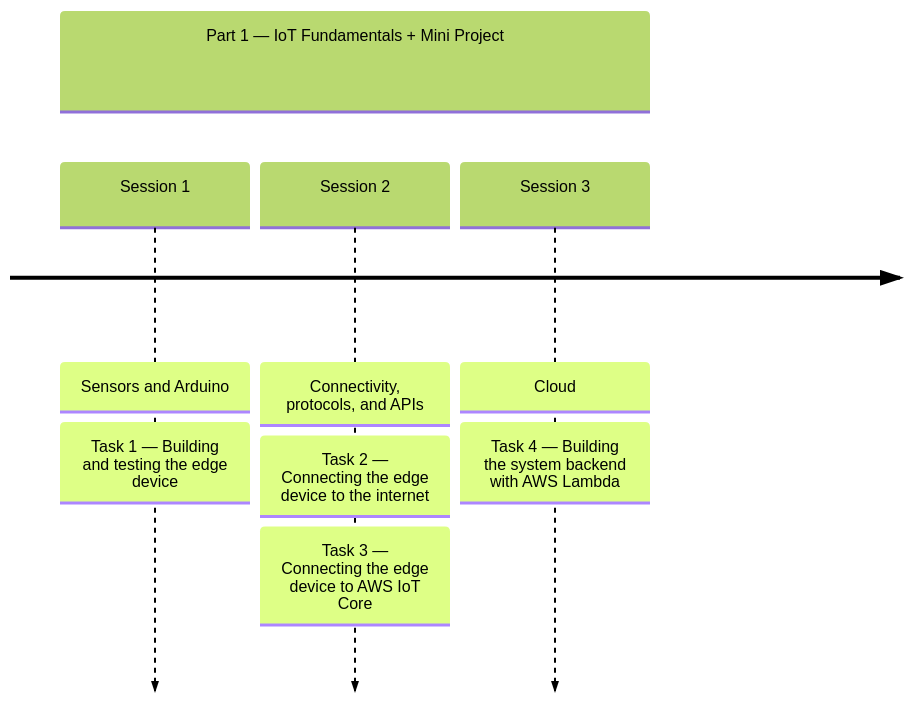
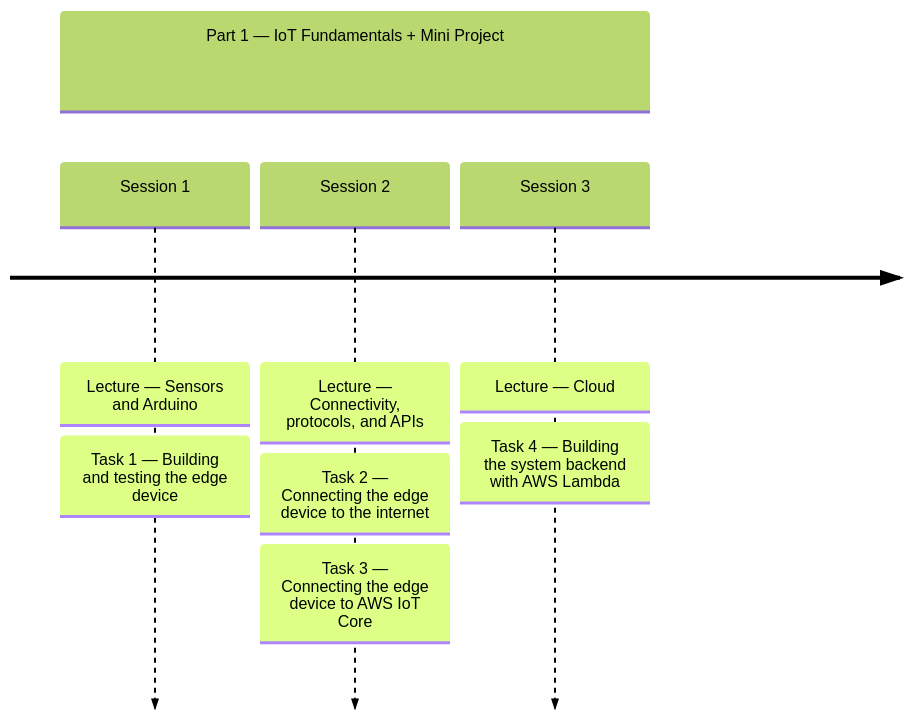
The first of 2 diagrams in docs/home/index.md (David-GERARD/iot-button-system), drawn with Mermaid (forest theme) before and after one commit. The commit also changed other lines of this file and 1 other file, not shown here.

First line of the commit message:
docs: flesh out group project brief and sync home timeline

````diff
--- a/docs/home/index.md
+++ b/docs/home/index.md
@@ -13,7 +13,7 @@
 ```mermaid
 timeline
     section Part 1 — IoT Fundamentals + Mini Project
-        Session 1 : Sensors and Arduino : Task 1 — Building and testing the edge device
-        Session 2 : Connectivity, protocols, and APIs : Task 2 — Connecting the edge device to the internet : Task 3 — Connecting the edge device to AWS IoT Core
-        Session 3 : Cloud : Task 4 — Building the system backend with AWS Lambda
+        Session 1 : Lecture — Sensors and Arduino : Task 1 — Building and testing the edge device
+        Session 2 : Lecture — Connectivity, protocols, and APIs : Task 2 — Connecting the edge device to the internet : Task 3 — Connecting the edge device to AWS IoT Core
+        Session 3 : Lecture — Cloud : Task 4 — Building the system backend with AWS Lambda
 ```
````
